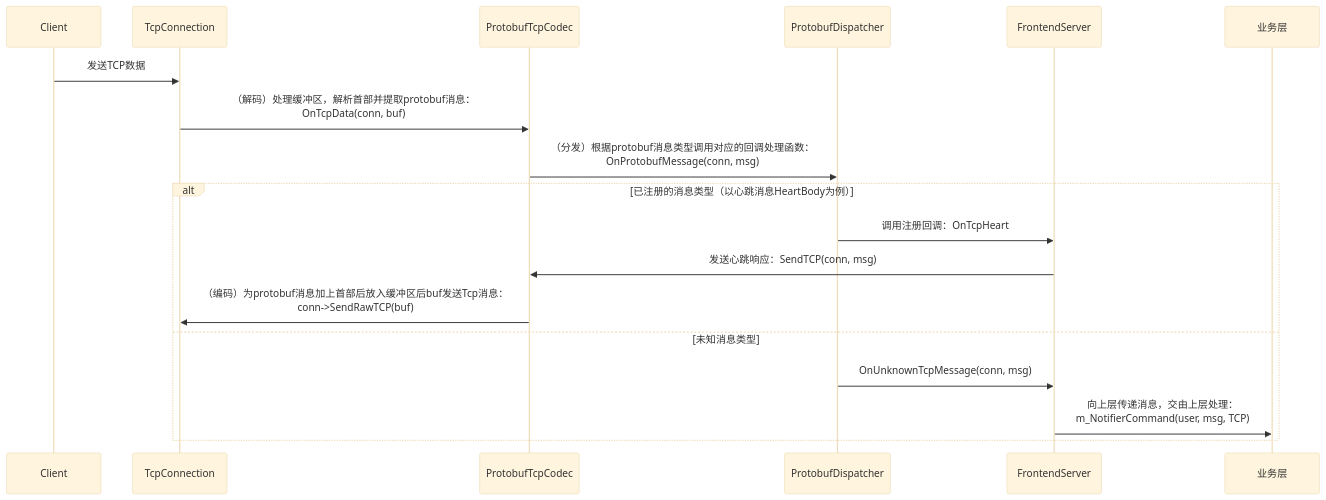
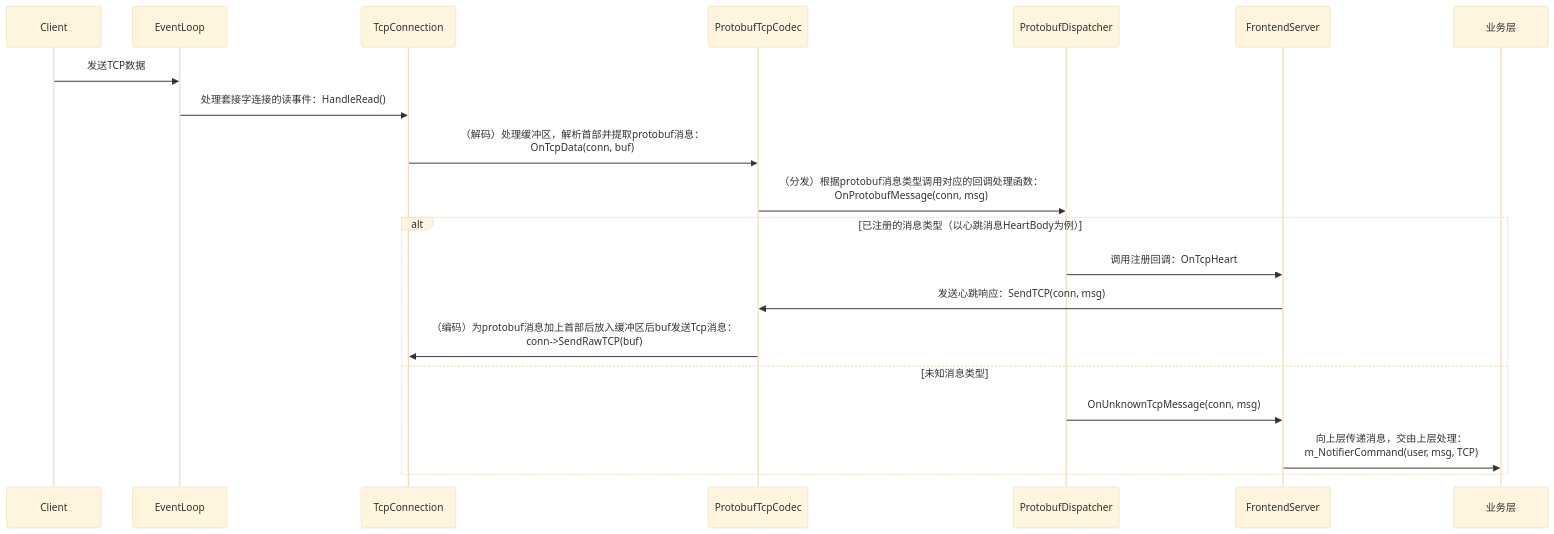
One commit to MYMarcoreus/GameServer changed the first of 5 diagrams in doc/frontend.md. Above: the diagram before and after it, drawn with Mermaid (base theme). The commit also changed other lines of this file and 38 other files, not shown here.

````diff
--- a/doc/frontend.md
+++ b/doc/frontend.md
@@ -9,21 +9,23 @@
 ```mermaid
 sequenceDiagram
     participant Client
+    participant EventLoop
     participant TcpConnection
     participant ProtobufTcpCodec
     participant ProtobufDispatcher
     participant FrontendServer
     participant BusinessLayer as 业务层
 
-    Client->>TcpConnection: 发送TCP数据
+    Client->>EventLoop: 发送TCP数据
+    EventLoop->>TcpConnection: 处理套接字连接的读事件：HandleRead()
     TcpConnection->>ProtobufTcpCodec: （解码）处理缓冲区，解析首部并提取protobuf消息：<br>OnTcpData(conn, buf)
     ProtobufTcpCodec->>ProtobufDispatcher: （分发）根据protobuf消息类型调用对应的回调处理函数：<br>OnProtobufMessage(conn, msg)
     alt 已注册的消息类型（以心跳消息HeartBody为例）
         ProtobufDispatcher->>FrontendServer: 调用注册回调：OnTcpHeart
         FrontendServer->>ProtobufTcpCodec: 发送心跳响应：SendTCP(conn, msg)
         ProtobufTcpCodec ->> TcpConnection: （编码）为protobuf消息加上首部后放入缓冲区后buf发送Tcp消息：<br>conn->SendRawTCP(buf)
     else 未知消息类型
         ProtobufDispatcher->>FrontendServer: OnUnknownTcpMessage(conn, msg)
         FrontendServer->>BusinessLayer: 向上层传递消息，交由上层处理：<br>m_NotifierCommand(user, msg, TCP)
     end
 ```
````
